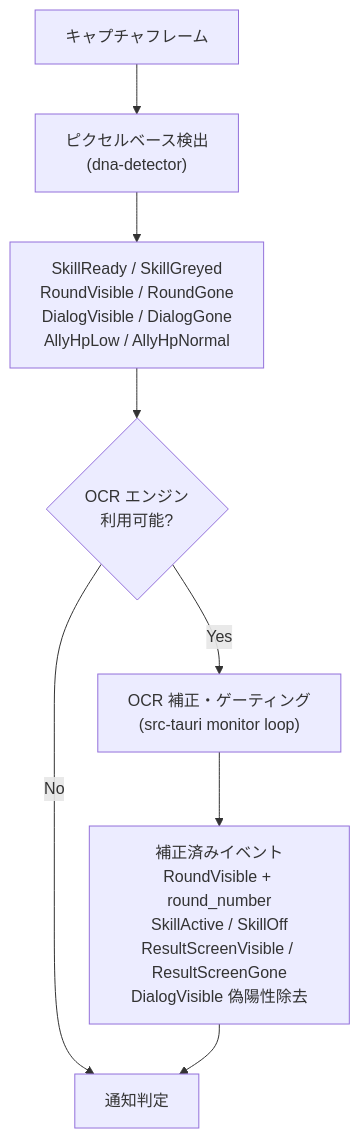
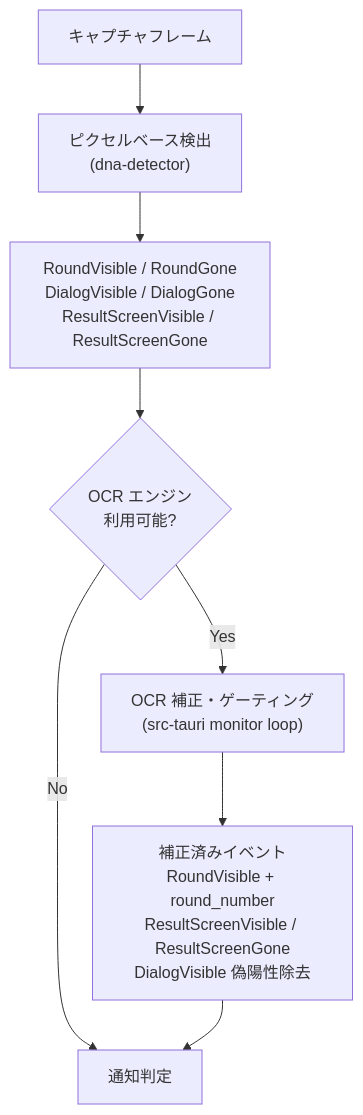
Before and after one commit to naa0yama/dna-assistant: the third of 4 diagrams in docs/specs/components/detection-overview.md, drawn with Mermaid. The commit also changed other lines of this file and 86 other files, not shown here.

First line of the commit message:
feat(dna-detector): add ResultScreen detector, unify ROIs, and refactor round number detection

````diff
--- a/docs/specs/components/detection-overview.md
+++ b/docs/specs/components/detection-overview.md
@@ -176,11 +150,11 @@
 ```mermaid
 flowchart TD
     FRAME["キャプチャフレーム"]
     FRAME --> PIXEL["ピクセルベース検出\n(dna-detector)"]
-    PIXEL --> P_EVENTS["SkillReady / SkillGreyed\nRoundVisible / RoundGone\nDialogVisible / DialogGone\nAllyHpLow / AllyHpNormal"]
+    PIXEL --> P_EVENTS["RoundVisible / RoundGone\nDialogVisible / DialogGone\nResultScreenVisible / ResultScreenGone"]
     P_EVENTS --> OCR{"OCR エンジン\n利用可能?"}
     OCR -- Yes --> ENRICH["OCR 補正・ゲーティング\n(src-tauri monitor loop)"]
     OCR -- No --> NOTIFY["通知判定"]
-    ENRICH --> ENRICHED["補正済みイベント\nRoundVisible + round_number\nSkillActive / SkillOff\nResultScreenVisible / ResultScreenGone\nDialogVisible 偽陽性除去"]
+    ENRICH --> ENRICHED["補正済みイベント\nRoundVisible + round_number\nResultScreenVisible / ResultScreenGone\nDialogVisible 偽陽性除去"]
     ENRICHED --> NOTIFY
 ```
````
